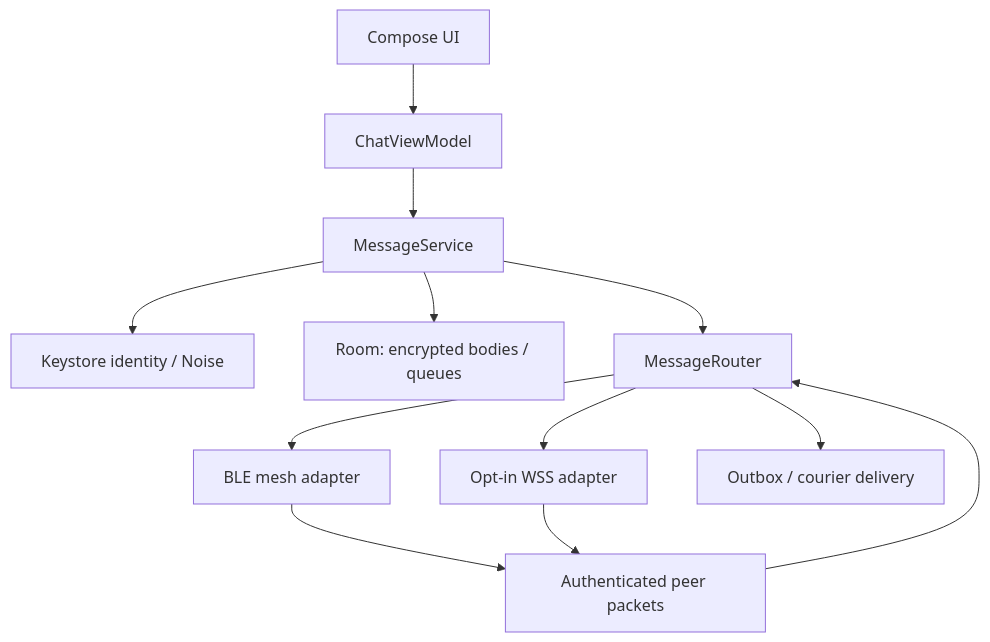
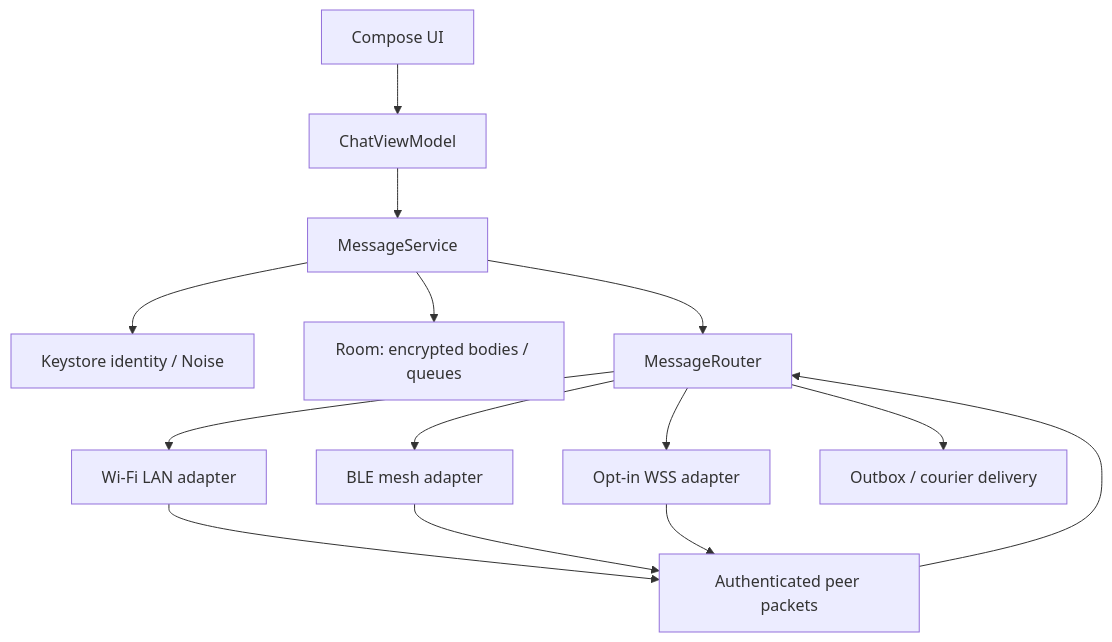
The diagram in docs/architecture.md (goraidebjyoti/dgChat), drawn with Mermaid before and after one commit. The commit also changed other lines of this file and 60 other files, not shown here.

````diff
--- a/docs/architecture.md
+++ b/docs/architecture.md
@@ -3,14 +3,16 @@
 ```mermaid
 flowchart TD
     UI["Compose UI"] --> VM["ChatViewModel"]
     VM --> Service["MessageService"]
     Service --> Identity["Keystore identity / Noise"]
     Service --> DB["Room: encrypted bodies / queues"]
     Service --> Router["MessageRouter"]
     Router --> BLE["BLE mesh adapter"]
+    Router --> WIFI["Wi-Fi LAN adapter"]
+    WIFI --> Peer
     Router --> WSS["Opt-in WSS adapter"]
     Router --> Deferred["Outbox / courier delivery"]
     BLE --> Peer["Authenticated peer packets"]
     WSS --> Peer
     Peer --> Router
 ```
````
